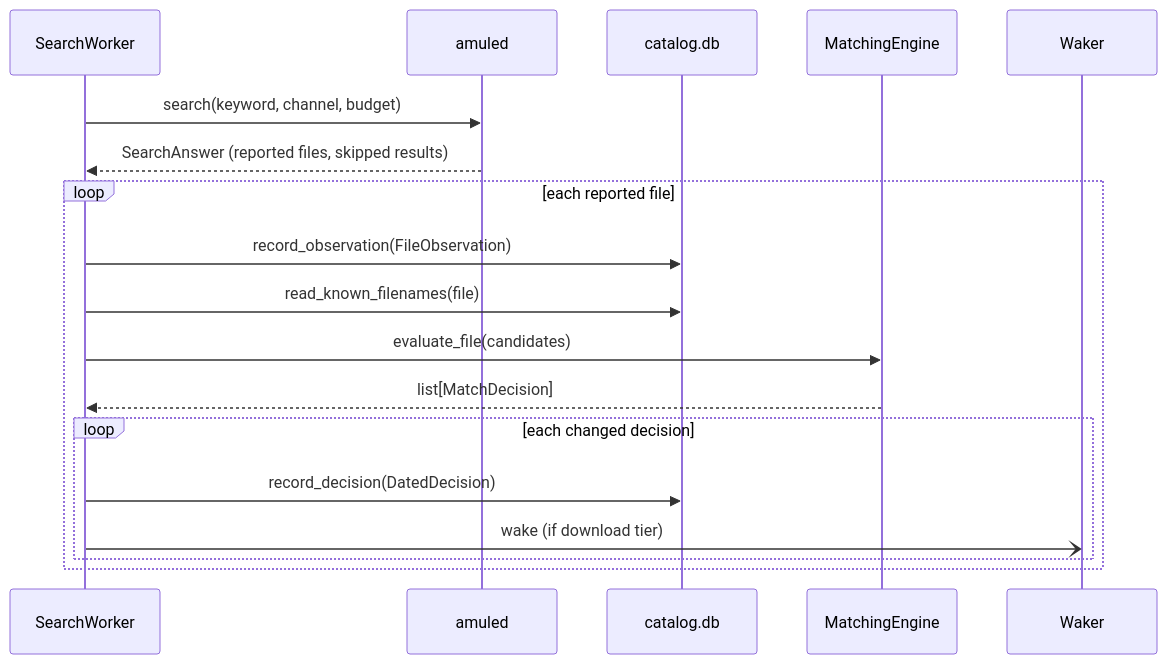
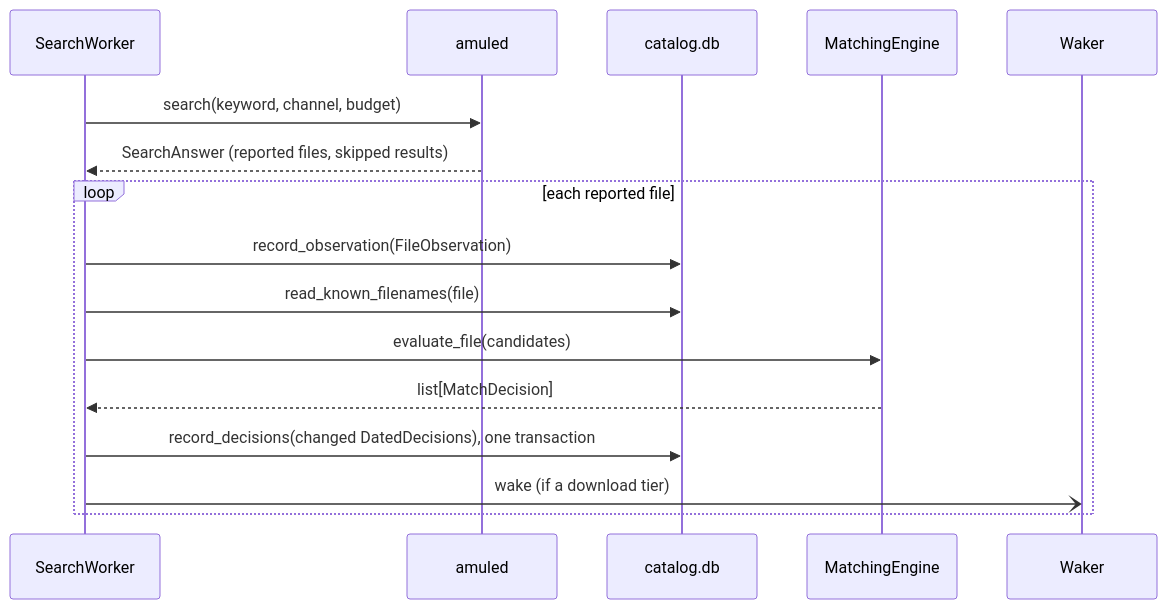
Before and after one commit to mission-titar/p2pwatch: the sixth of 12 diagrams in docs/contributing/architecture.md, drawn with Mermaid. The commit also changed 12 other files, not shown here.

First line of the commit message:
fix(catalog): a file's decisions written in one transaction, then dispatched

````diff
--- a/docs/contributing/architecture.md
+++ b/docs/contributing/architecture.md
@@ -273,21 +273,19 @@
 ```mermaid
 sequenceDiagram
   participant W as SearchWorker
   participant A as amuled
   participant C as catalog.db
   participant E as MatchingEngine
   participant D as Waker
 
   W->>A: search(keyword, channel, budget)
   A-->>W: SearchAnswer (reported files, skipped results)
   loop each reported file
     W->>C: record_observation(FileObservation)
     W->>C: read_known_filenames(file)
     W->>E: evaluate_file(candidates)
     E-->>W: list[MatchDecision]
-    loop each changed decision
-      W->>C: record_decision(DatedDecision)
-      W-)D: wake (if download tier)
-    end
+    W->>C: record_decisions(changed DatedDecisions), one transaction
+    W-)D: wake (if a download tier)
   end
 ```
````
